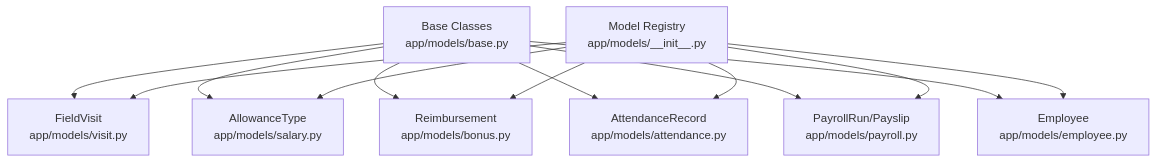
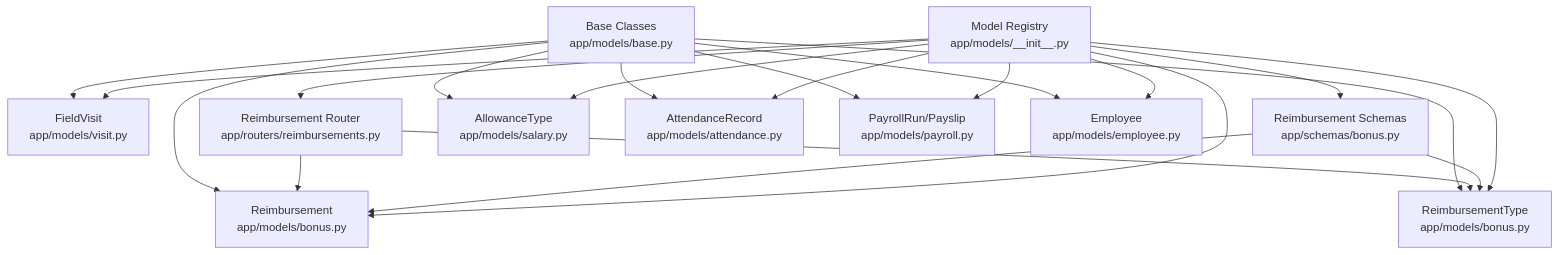
One commit to bikinaplikasipakeqoder-dot/payroll-hris changed the ninth of 9 diagrams in .qoder/repowiki/en/content/Field Visit Management.md. Above: the diagram before and after it, drawn with Mermaid. The commit also changed other lines of this file and 22 other files, not shown here.

````diff
--- a/.qoder/repowiki/en/content/Field Visit Management.md
+++ b/.qoder/repowiki/en/content/Field Visit Management.md
@@ -324,23 +462,34 @@
 ```mermaid
 graph TB
 BASE["Base Classes<br/>app/models/base.py"]
 VISIT["FieldVisit<br/>app/models/visit.py"]
+BONUS["Reimbursement<br/>app/models/bonus.py"]
+TYPE["ReimbursementType<br/>app/models/bonus.py"]
+ROUTER["Reimbursement Router<br/>app/routers/reimbursements.py"]
+SCHEMA["Reimbursement Schemas<br/>app/schemas/bonus.py"]
 SAL["AllowanceType<br/>app/models/salary.py"]
-BONUS["Reimbursement<br/>app/models/bonus.py"]
 ATT["AttendanceRecord<br/>app/models/attendance.py"]
 PAY["PayrollRun/Payslip<br/>app/models/payroll.py"]
 EMP["Employee<br/>app/models/employee.py"]
 REG["Model Registry<br/>app/models/__init__.py"]
 BASE --> VISIT
+BASE --> BONUS
+BASE --> TYPE
 BASE --> SAL
-BASE --> BONUS
 BASE --> ATT
 BASE --> PAY
 BASE --> EMP
+ROUTER --> BONUS
+ROUTER --> TYPE
+SCHEMA --> BONUS
+SCHEMA --> TYPE
 REG --> VISIT
+REG --> BONUS
+REG --> TYPE
+REG --> ROUTER
+REG --> SCHEMA
 REG --> SAL
-REG --> BONUS
 REG --> ATT
 REG --> PAY
 REG --> EMP
 ```
````
